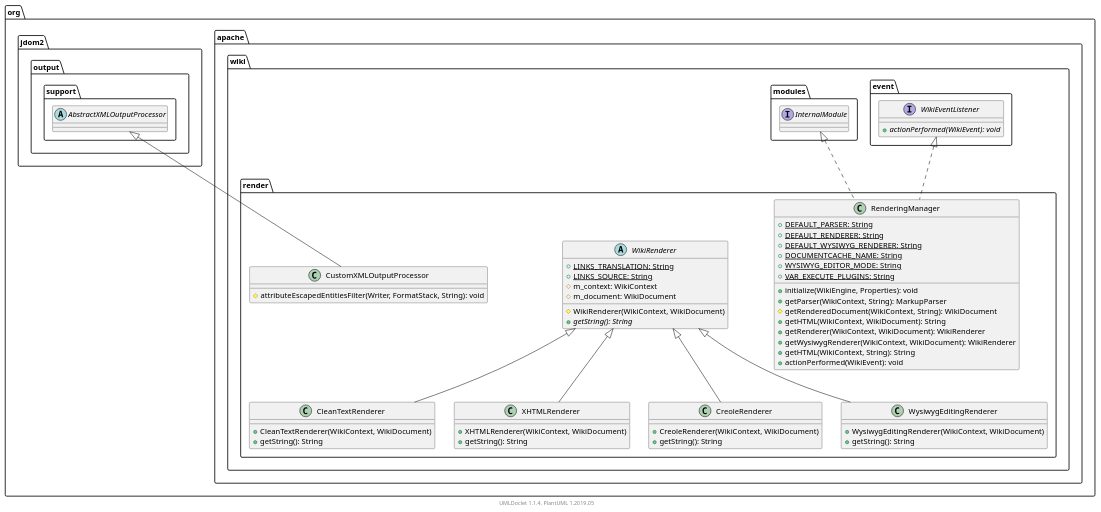
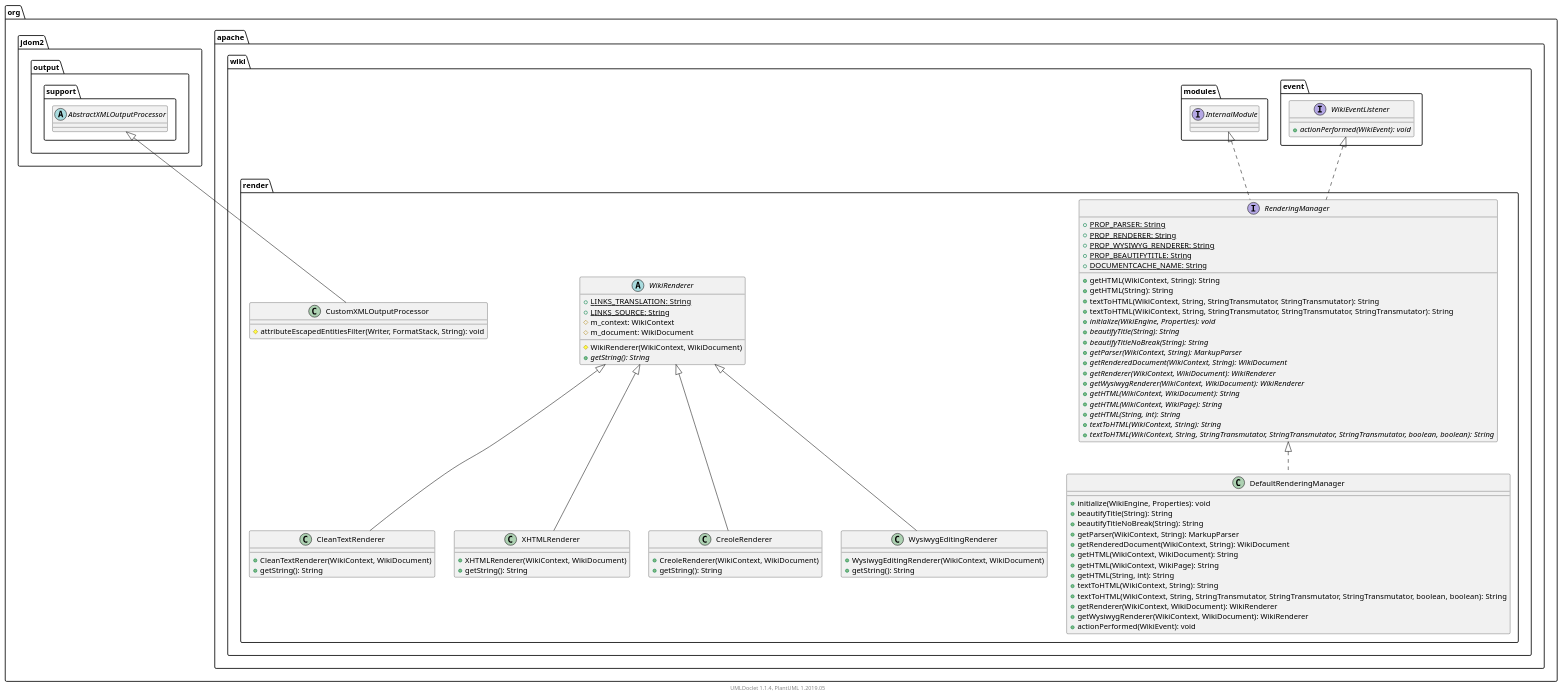
One commit to apache/jspwiki-site changed the diagram in apidocs/2.11.0.M7-SNAPSHOT/org/apache/wiki/render/package.puml. Above: the diagram before and after it, drawn with PlantUML. The commit also changed 1187 other files, not shown here.

```diff
--- a/apidocs/2.11.0.M7-SNAPSHOT/org/apache/wiki/render/package.puml
+++ b/apidocs/2.11.0.M7-SNAPSHOT/org/apache/wiki/render/package.puml
@@ -1,78 +1,103 @@
 @startuml
 
     namespace org.apache.wiki.render {
 
         class CustomXMLOutputProcessor [[CustomXMLOutputProcessor.html]] {
             #attributeEscapedEntitiesFilter(Writer, FormatStack, String): void
+        }
+
+        class DefaultRenderingManager [[DefaultRenderingManager.html]] {
+            +initialize(WikiEngine, Properties): void
+            +beautifyTitle(String): String
+            +beautifyTitleNoBreak(String): String
+            +getParser(WikiContext, String): MarkupParser
+            +getRenderedDocument(WikiContext, String): WikiDocument
+            +getHTML(WikiContext, WikiDocument): String
+            +getHTML(WikiContext, WikiPage): String
+            +getHTML(String, int): String
+            +textToHTML(WikiContext, String): String
+            +textToHTML(WikiContext, String, StringTransmutator, StringTransmutator, StringTransmutator, boolean, boolean): String
+            +getRenderer(WikiContext, WikiDocument): WikiRenderer
+            +getWysiwygRenderer(WikiContext, WikiDocument): WikiRenderer
+            +actionPerformed(WikiEvent): void
         }
 
         class CleanTextRenderer [[CleanTextRenderer.html]] {
             +CleanTextRenderer(WikiContext, WikiDocument)
             +getString(): String
         }
 
         class XHTMLRenderer [[XHTMLRenderer.html]] {
             +XHTMLRenderer(WikiContext, WikiDocument)
             +getString(): String
         }
 
         abstract class WikiRenderer [[WikiRenderer.html]] {
             {static} +LINKS_TRANSLATION: String
             {static} +LINKS_SOURCE: String
             #m_context: WikiContext
             #m_document: WikiDocument
             #WikiRenderer(WikiContext, WikiDocument)
             {abstract} +getString(): String
         }
 
-        class RenderingManager [[RenderingManager.html]] {
-            {static} +DEFAULT_PARSER: String
-            {static} +DEFAULT_RENDERER: String
-            {static} +DEFAULT_WYSIWYG_RENDERER: String
+        interface RenderingManager [[RenderingManager.html]] {
+            {static} +PROP_PARSER: String
+            {static} +PROP_RENDERER: String
+            {static} +PROP_WYSIWYG_RENDERER: String
+            {static} +PROP_BEAUTIFYTITLE: String
             {static} +DOCUMENTCACHE_NAME: String
-            {static} +WYSIWYG_EDITOR_MODE: String
-            {static} +VAR_EXECUTE_PLUGINS: String
-            +initialize(WikiEngine, Properties): void
-            +getParser(WikiContext, String): MarkupParser
-            #getRenderedDocument(WikiContext, String): WikiDocument
-            +getHTML(WikiContext, WikiDocument): String
-            +getRenderer(WikiContext, WikiDocument): WikiRenderer
-            +getWysiwygRenderer(WikiContext, WikiDocument): WikiRenderer
             +getHTML(WikiContext, String): String
-            +actionPerformed(WikiEvent): void
+            +getHTML(String): String
+            +textToHTML(WikiContext, String, StringTransmutator, StringTransmutator): String
+            +textToHTML(WikiContext, String, StringTransmutator, StringTransmutator, StringTransmutator): String
+            {abstract} +initialize(WikiEngine, Properties): void
+            {abstract} +beautifyTitle(String): String
+            {abstract} +beautifyTitleNoBreak(String): String
+            {abstract} +getParser(WikiContext, String): MarkupParser
+            {abstract} +getRenderedDocument(WikiContext, String): WikiDocument
+            {abstract} +getRenderer(WikiContext, WikiDocument): WikiRenderer
+            {abstract} +getWysiwygRenderer(WikiContext, WikiDocument): WikiRenderer
+            {abstract} +getHTML(WikiContext, WikiDocument): String
+            {abstract} +getHTML(WikiContext, WikiPage): String
+            {abstract} +getHTML(String, int): String
+            {abstract} +textToHTML(WikiContext, String): String
+            {abstract} +textToHTML(WikiContext, String, StringTransmutator, StringTransmutator, StringTransmutator, boolean, boolean): String
         }
 
         class CreoleRenderer [[CreoleRenderer.html]] {
             +CreoleRenderer(WikiContext, WikiDocument)
             +getString(): String
         }
 
         class WysiwygEditingRenderer [[WysiwygEditingRenderer.html]] {
             +WysiwygEditingRenderer(WikiContext, WikiDocument)
             +getString(): String
         }
 
         abstract class org.jdom2.output.support.AbstractXMLOutputProcessor
         org.jdom2.output.support.AbstractXMLOutputProcessor <|-- CustomXMLOutputProcessor
+
+        RenderingManager <|.. DefaultRenderingManager
 
         WikiRenderer <|-- CleanTextRenderer
 
         WikiRenderer <|-- XHTMLRenderer
 
         interface org.apache.wiki.event.WikiEventListener {
             {abstract} +actionPerformed(WikiEvent): void
         }
         org.apache.wiki.event.WikiEventListener <|.. RenderingManager
 
         interface org.apache.wiki.modules.InternalModule
         org.apache.wiki.modules.InternalModule <|.. RenderingManager
 
         WikiRenderer <|-- CreoleRenderer
 
         WikiRenderer <|-- WysiwygEditingRenderer
 
     }
 
 
     center footer UMLDoclet 1.1.4, PlantUML 1.2019.05
 @enduml
```
